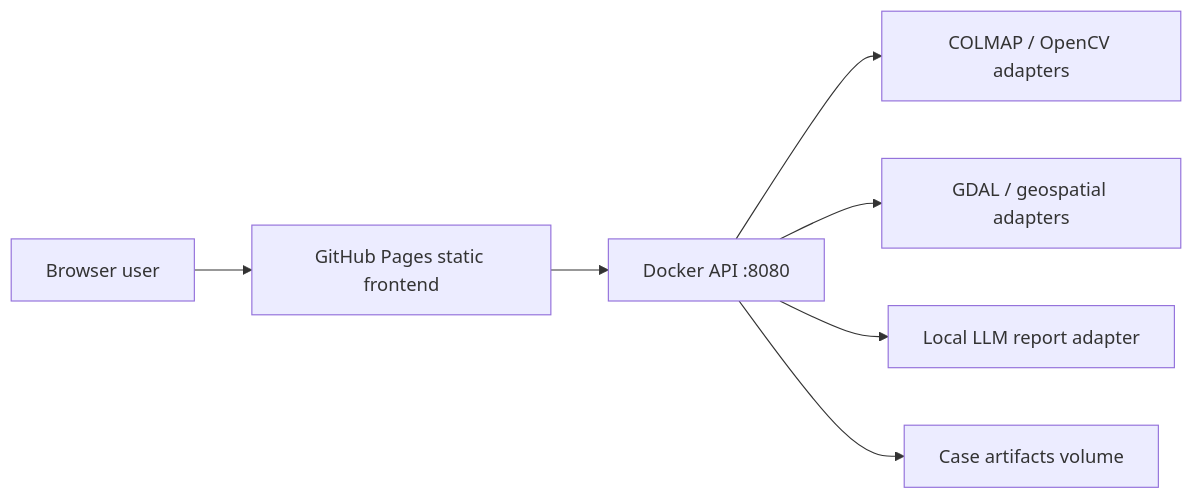
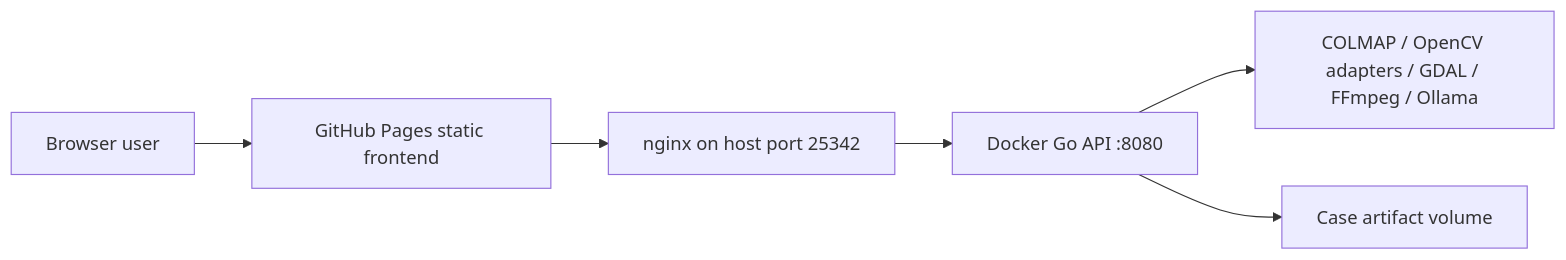
One commit to baditaflorin/accident-reconstructor changed the diagram in README.md. Above: the diagram before and after it, drawn with Mermaid. The commit also changed other lines of this file and 79 other files, not shown here.

````diff
--- a/README.md
+++ b/README.md
@@ -31,9 +49,8 @@
 ```mermaid
 flowchart LR
   U["Browser user"] --> P["GitHub Pages static frontend"]
-  P --> A["Docker API :8080"]
-  A --> C["COLMAP / OpenCV adapters"]
-  A --> G["GDAL / geospatial adapters"]
-  A --> L["Local LLM report adapter"]
-  A --> S["Case artifacts volume"]
+  P --> N["nginx on host port 25342"]
+  N --> A["Docker Go API :8080"]
+  A --> T["COLMAP / OpenCV adapters / GDAL / FFmpeg / Ollama"]
+  A --> S["Case artifact volume"]
 ```
````
